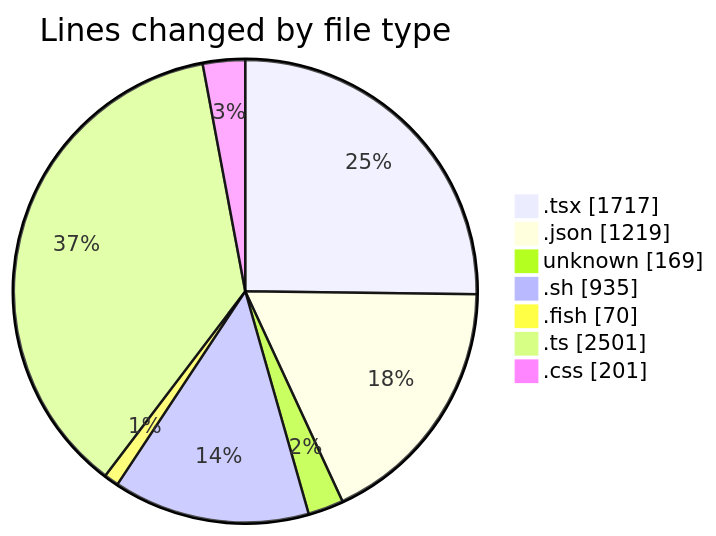
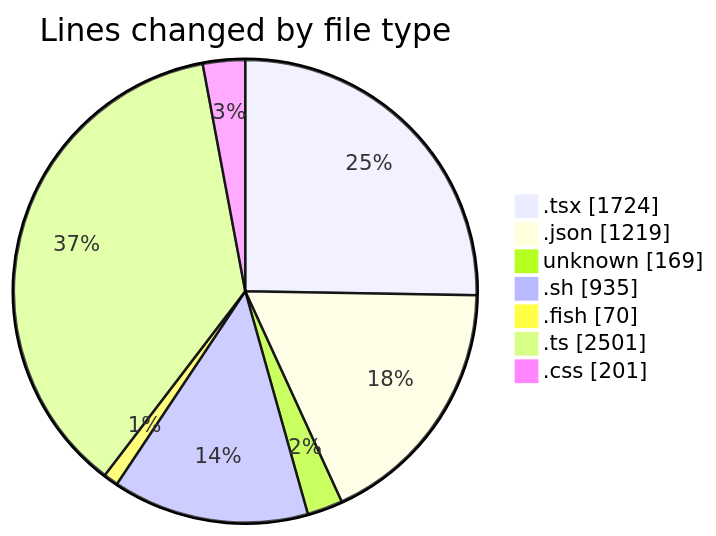
Before and after one commit to EIIisD/code-tracking: the first of 2 diagrams in 2025-07-17/ribbon/README.md, drawn with Mermaid. The commit also changed other lines of this file and 1 other file, not shown here.

````diff
--- a/2025-07-17/ribbon/README.md
+++ b/2025-07-17/ribbon/README.md
@@ -54,11 +54,11 @@
 ```mermaid
 pie showData
 title Lines changed by file type
-".tsx" : 1717
+".tsx" : 1724
 ".json" : 1219
 "unknown" : 169
 ".sh" : 935
 ".fish" : 70
 ".ts" : 2501
 ".css" : 201
 ```
````
